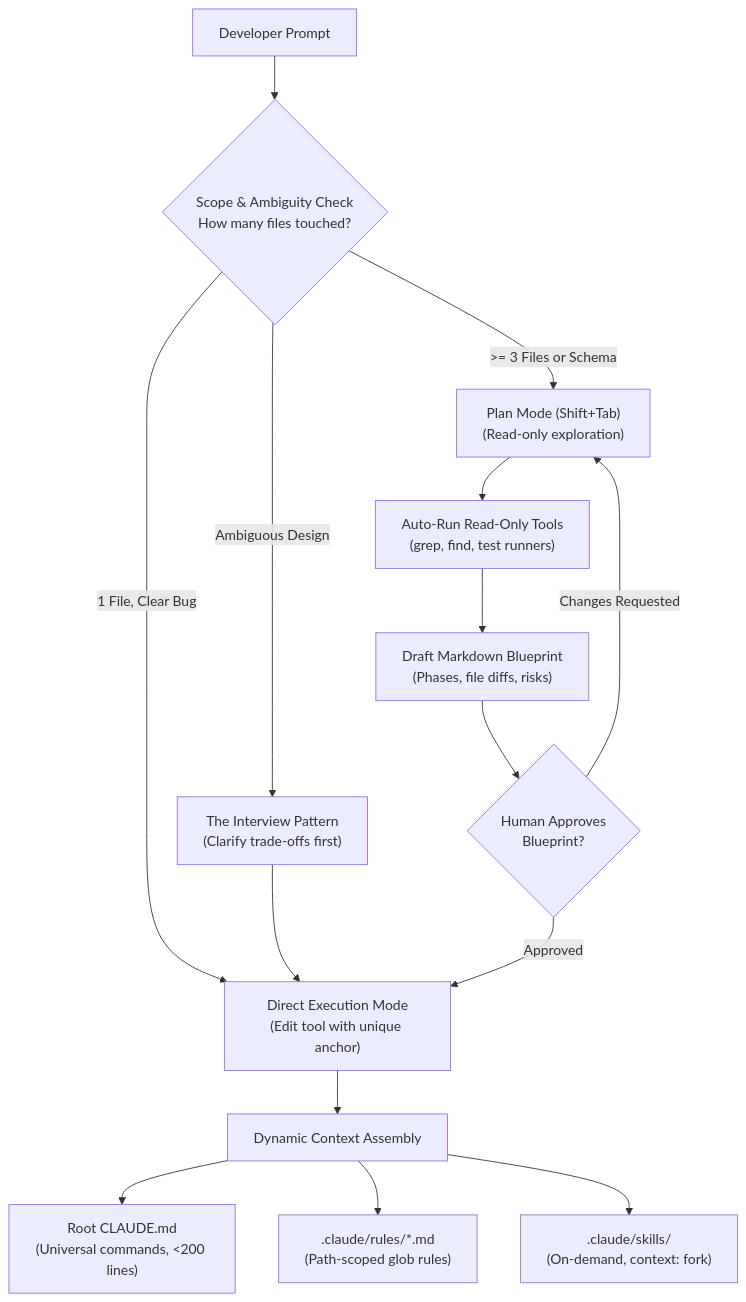
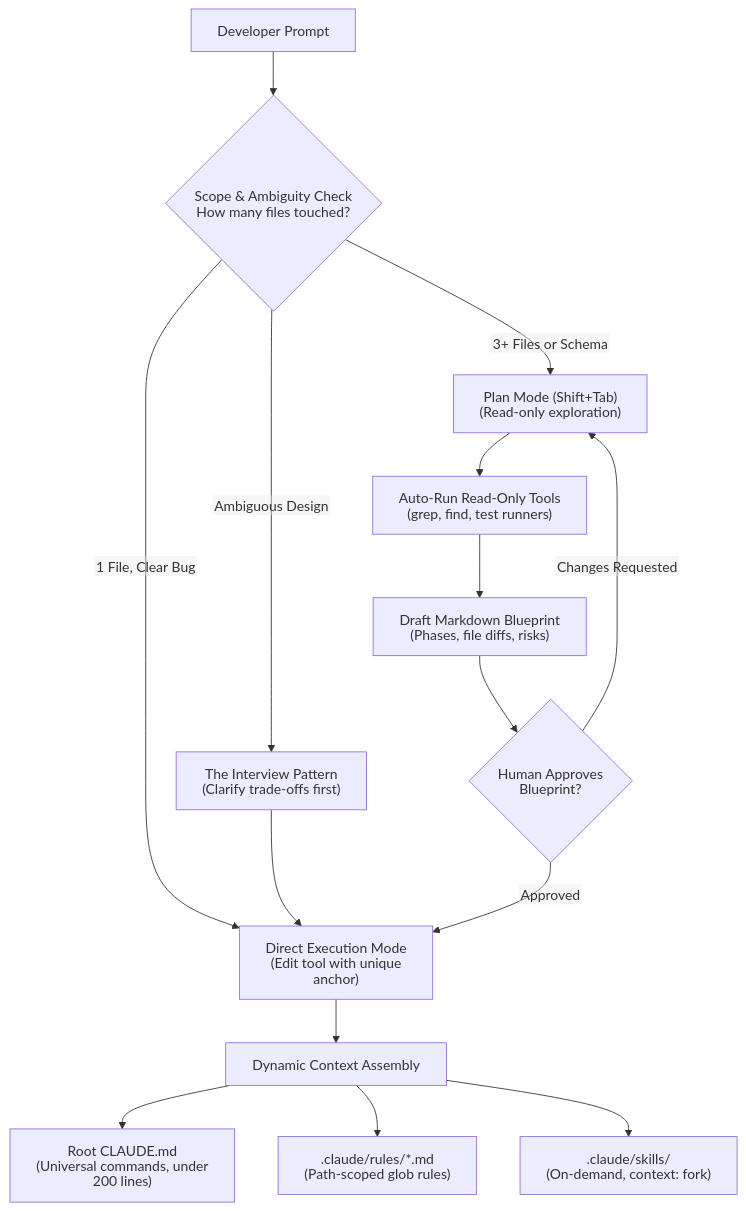
One commit to dip4k/claude_cert_architect_foundation_prep changed the first of 2 diagrams in scenarios/scenario_2_code_generation/SCENARIO_GUIDE.md. Above: the diagram before and after it, drawn with Mermaid. The commit also changed other lines of this file and 88 other files, not shown here.

First line of the commit message:
fix(mermaid): standardize GitHub Mermaid rendering across repo

````diff
--- a/scenarios/scenario_2_code_generation/SCENARIO_GUIDE.md
+++ b/scenarios/scenario_2_code_generation/SCENARIO_GUIDE.md
@@ -20,21 +20,25 @@
 ```mermaid
+---
+config:
+  htmlLabels: false
+---
 flowchart TD
     Dev["Developer Prompt"] --> Scope{"Scope & Ambiguity Check<br>How many files touched?"}
 
     Scope -->|"1 File, Clear Bug"| Direct["Direct Execution Mode<br>(Edit tool with unique anchor)"]
-    Scope -->|">= 3 Files or Schema"| Plan["Plan Mode (Shift+Tab)<br>(Read-only exploration)"]
+    Scope -->|"3+ Files or Schema"| Plan["Plan Mode (Shift+Tab)<br>(Read-only exploration)"]
     Scope -->|"Ambiguous Design"| Interview["The Interview Pattern<br>(Clarify trade-offs first)"]
 
     Interview --> Direct
 
     Plan --> Auto["Auto-Run Read-Only Tools<br>(grep, find, test runners)"]
     Auto --> Blueprint["Draft Markdown Blueprint<br>(Phases, file diffs, risks)"]
     Blueprint --> Review{"Human Approves<br>Blueprint?"}
     Review -->|"Approved"| Direct
     Review -->|"Changes Requested"| Plan
 
     Direct --> Ctx["Dynamic Context Assembly"]
-    Ctx --> Root["Root CLAUDE.md<br>(Universal commands, <200 lines)"]
+    Ctx --> Root["Root CLAUDE.md<br>(Universal commands, under 200 lines)"]
     Ctx --> Rules[".claude/rules/*.md<br>(Path-scoped glob rules)"]
     Ctx --> Skills[".claude/skills/<br>(On-demand, context: fork)"]
 ```
````
